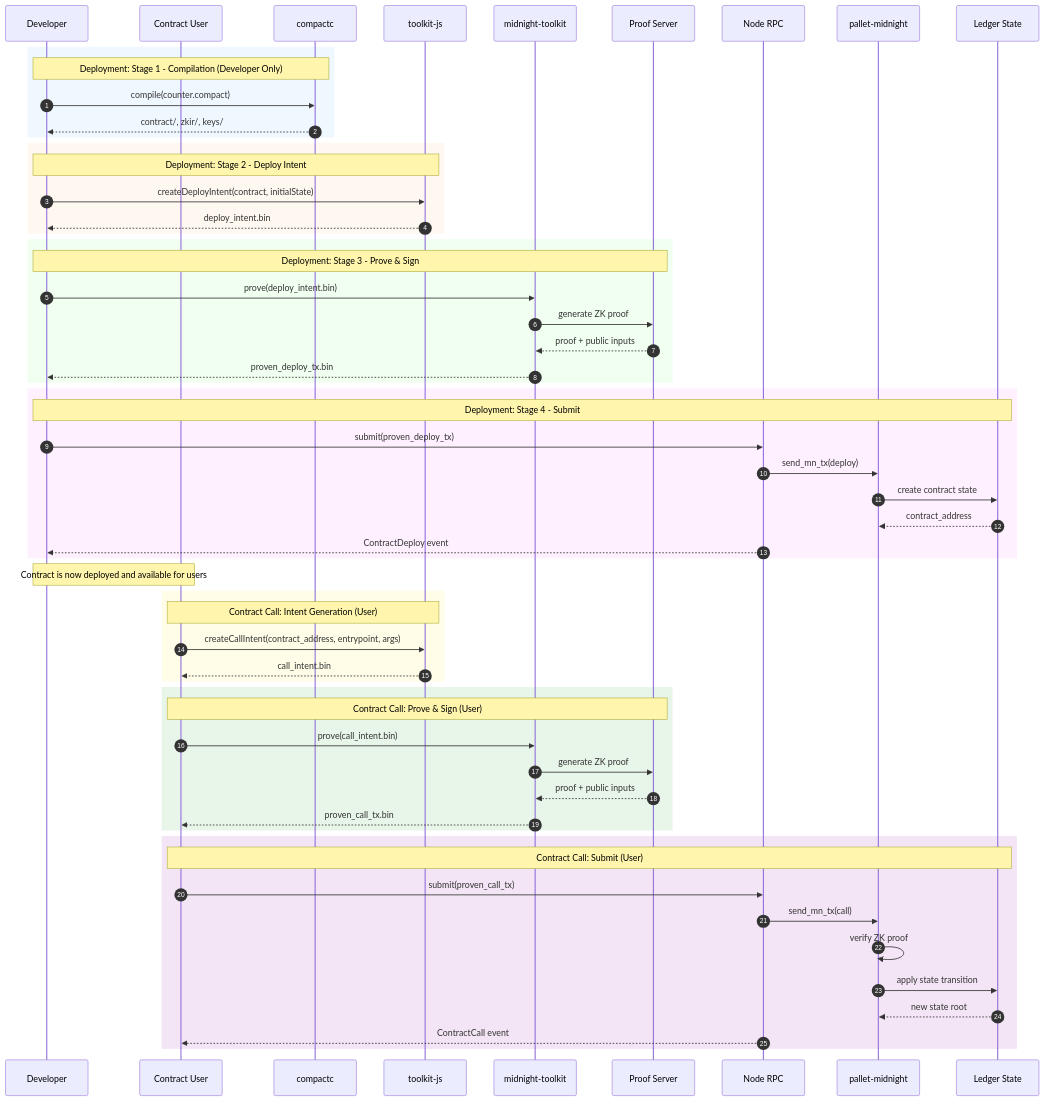
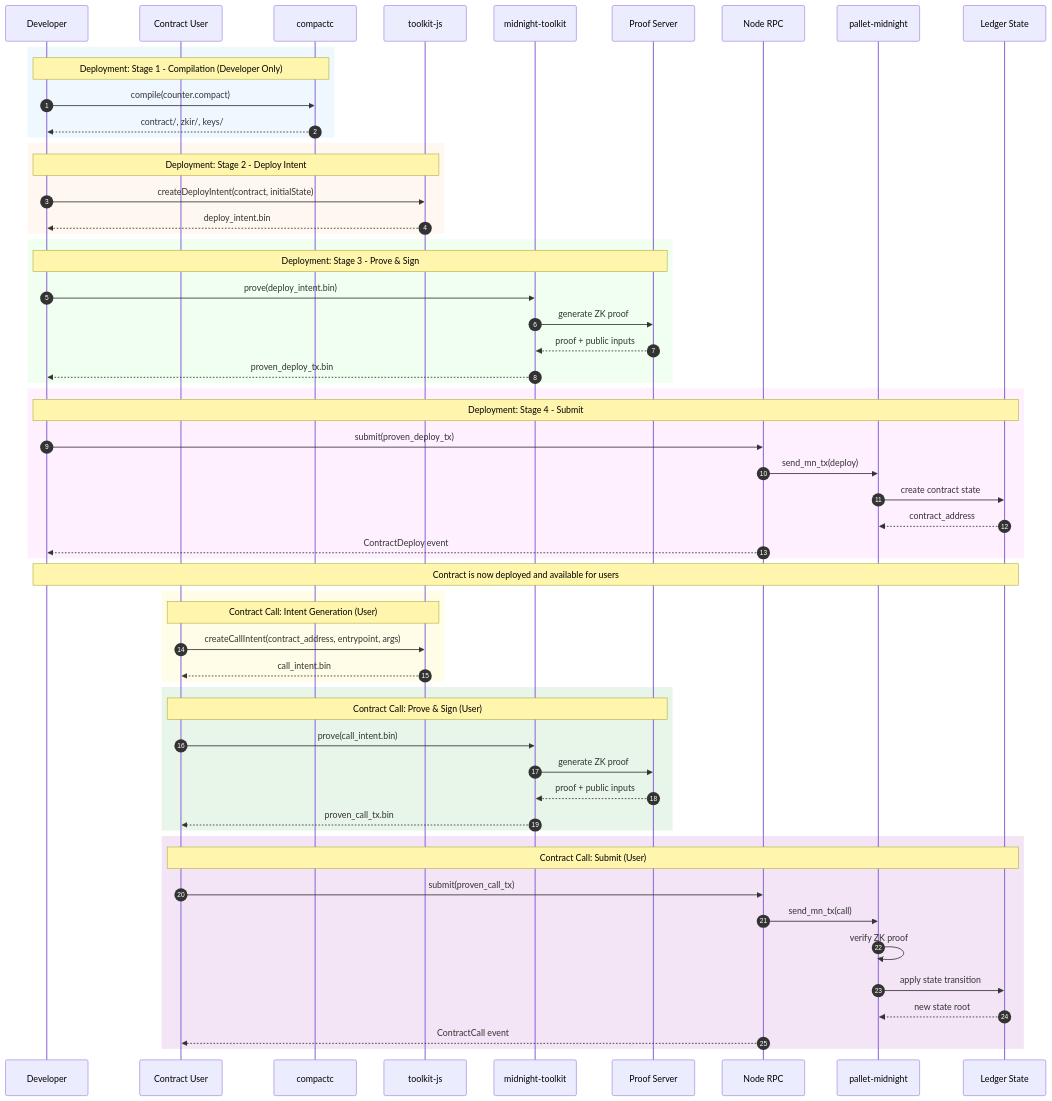
The second of 3 diagrams in docs/COMPACT-CONTRACT-DEPLOYMENT.md (ADGLx/midnight-node), drawn with Mermaid before and after one commit.

Commit message:
docs: extend deployment note to span all participants

````diff
--- a/docs/COMPACT-CONTRACT-DEPLOYMENT.md
+++ b/docs/COMPACT-CONTRACT-DEPLOYMENT.md
@@ -52,68 +52,68 @@
 ```mermaid
 sequenceDiagram
     autonumber
     participant Dev as Developer
     participant User as Contract User
     participant Compiler as compactc
     participant Toolkit as toolkit-js
     participant CLI as midnight-toolkit
     participant Prover as Proof Server
     participant RPC as Node RPC
     participant Pallet as pallet-midnight
     participant Ledger as Ledger State
 
     rect rgb(240, 248, 255)
         Note over Dev,Compiler: Deployment: Stage 1 - Compilation (Developer Only)
         Dev->>Compiler: compile(counter.compact)
         Compiler-->>Dev: contract/, zkir/, keys/
     end
 
     rect rgb(255, 248, 240)
         Note over Dev,Toolkit: Deployment: Stage 2 - Deploy Intent
         Dev->>Toolkit: createDeployIntent(contract, initialState)
         Toolkit-->>Dev: deploy_intent.bin
     end
 
     rect rgb(240, 255, 240)
         Note over Dev,Prover: Deployment: Stage 3 - Prove & Sign
         Dev->>CLI: prove(deploy_intent.bin)
         CLI->>Prover: generate ZK proof
         Prover-->>CLI: proof + public inputs
         CLI-->>Dev: proven_deploy_tx.bin
     end
 
     rect rgb(255, 240, 255)
         Note over Dev,Ledger: Deployment: Stage 4 - Submit
         Dev->>RPC: submit(proven_deploy_tx)
         RPC->>Pallet: send_mn_tx(deploy)
         Pallet->>Ledger: create contract state
         Ledger-->>Pallet: contract_address
         RPC-->>Dev: ContractDeploy event
     end
 
-    Note over Dev,User: Contract is now deployed and available for users
+    Note over Dev,Ledger: Contract is now deployed and available for users
 
     rect rgb(255, 253, 231)
         Note over User,Toolkit: Contract Call: Intent Generation (User)
         User->>Toolkit: createCallIntent(contract_address, entrypoint, args)
         Toolkit-->>User: call_intent.bin
     end
 
     rect rgb(232, 245, 233)
         Note over User,Prover: Contract Call: Prove & Sign (User)
         User->>CLI: prove(call_intent.bin)
         CLI->>Prover: generate ZK proof
         Prover-->>CLI: proof + public inputs
         CLI-->>User: proven_call_tx.bin
     end
 
     rect rgb(243, 229, 245)
         Note over User,Ledger: Contract Call: Submit (User)
         User->>RPC: submit(proven_call_tx)
         RPC->>Pallet: send_mn_tx(call)
         Pallet->>Pallet: verify ZK proof
         Pallet->>Ledger: apply state transition
         Ledger-->>Pallet: new state root
         RPC-->>User: ContractCall event
     end
 ```
````
